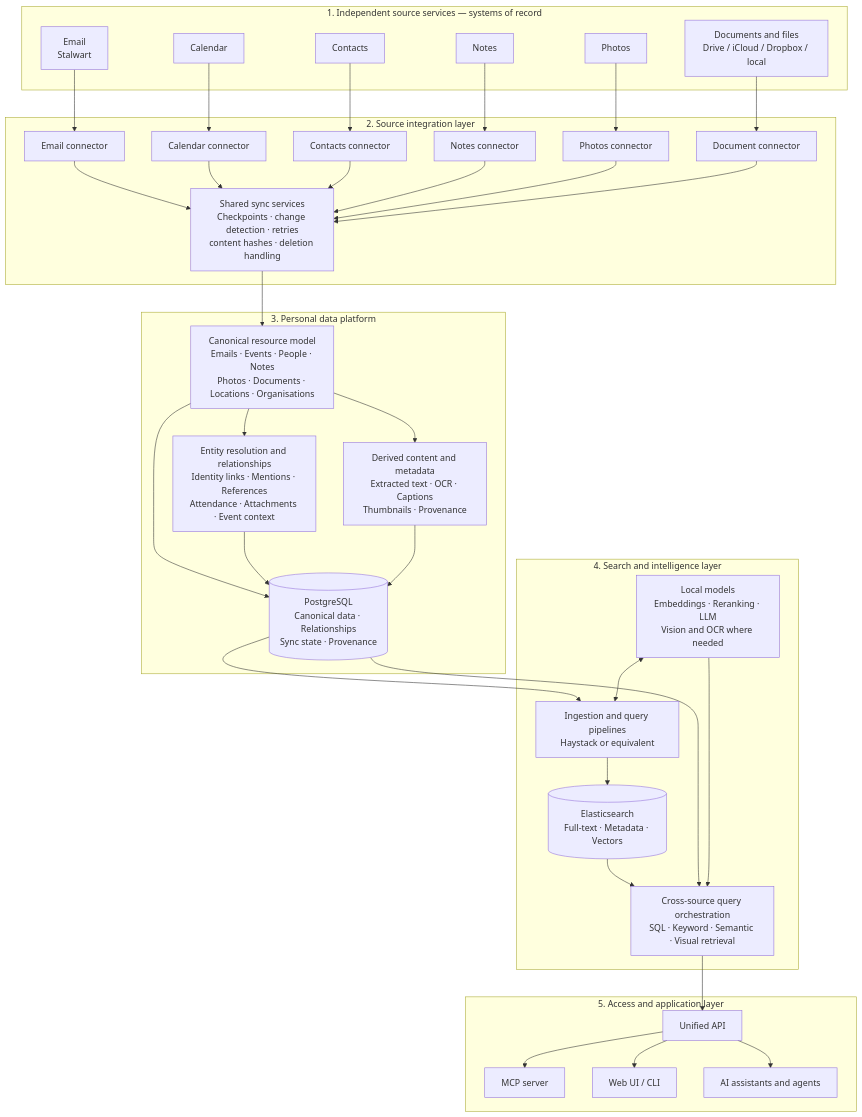
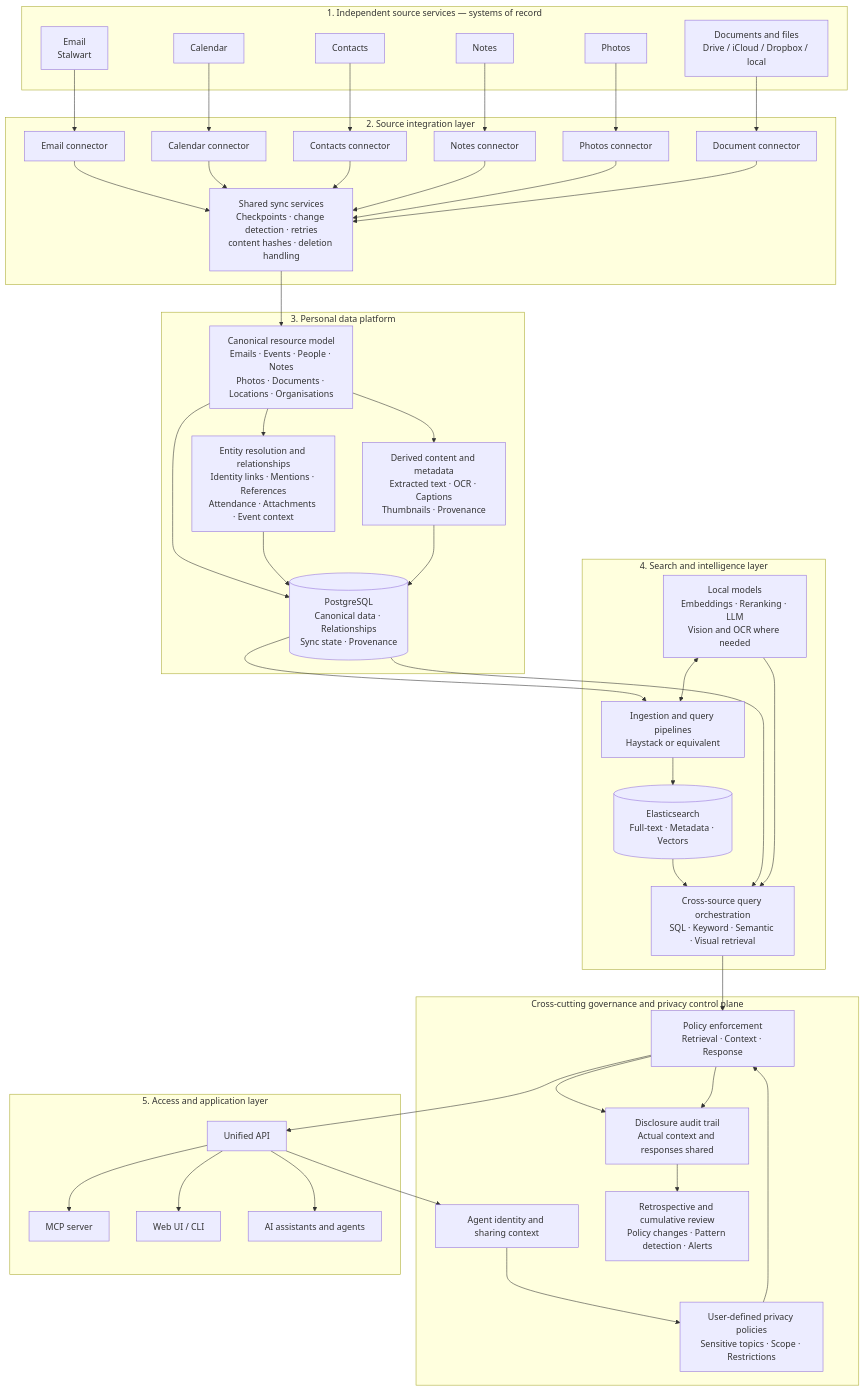
One commit to FelipeKha/rosalind changed the diagram in docs/rosalind-personal-data-platform-vision.md. Above: the diagram before and after it, drawn with Mermaid. The commit also changed other lines of this file, not shown here.

Commit message:
Update Rosalind vision file to add governance and policy engine

```diff
--- a/docs/rosalind-personal-data-platform-vision.md
+++ b/docs/rosalind-personal-data-platform-vision.md
@@ -149,6 +169,19 @@
         ORCH["Cross-source query orchestration\nSQL · Keyword · Semantic · Visual retrieval"]
     end
 
+    subgraph GOVERNANCE["Cross-cutting governance and privacy control plane"]
+        IDENTITY["Agent identity and sharing context"]
+        POLICY["User-defined privacy policies
+Sensitive topics · Scope · Restrictions"]
+        ENFORCE["Policy enforcement
+Retrieval · Context · Response"]
+        AUDIT["Disclosure audit trail
+Actual context and responses shared"]
+        REVIEW["Retrospective and cumulative review
+Policy changes · Pattern detection · Alerts"]
+        IDENTITY --> POLICY --> ENFORCE --> AUDIT --> REVIEW
+    end
+
     subgraph ACCESS["5. Access and application layer"]
         API["Unified API"]
         MCP["MCP server"]
@@ -180,7 +213,10 @@
     ES --> ORCH
     PG --> ORCH
     MODELS --> ORCH
-    ORCH --> API
+    ORCH --> ENFORCE
+    API --> IDENTITY
+    ENFORCE --> API
+    ENFORCE --> AUDIT
     API --> MCP
     API --> UI
     API --> AGENTS
```
